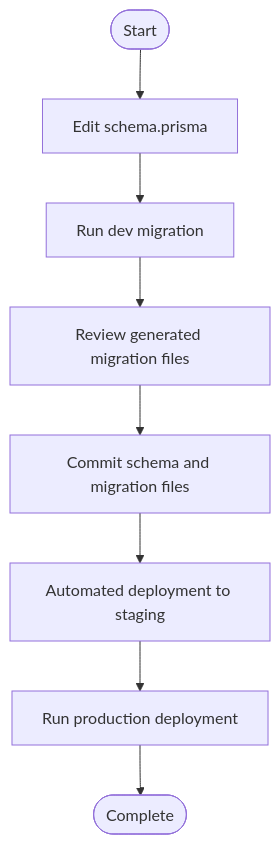
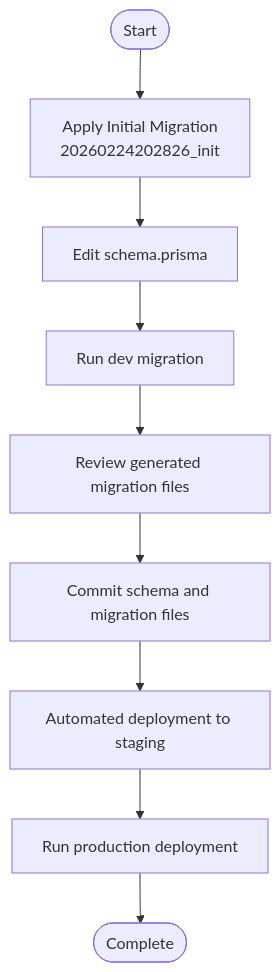
Before and after one commit to askchiwa-spec/FLOW-HQ-BOT: the fourth of 7 diagrams in .qoder/repowiki/en/content/Database Design/Migrations and Schema Evolution.md, drawn with Mermaid. The commit also changed other lines of this file and 38 other files, not shown here.

````diff
--- a/.qoder/repowiki/en/content/Database Design/Migrations and Schema Evolution.md
+++ b/.qoder/repowiki/en/content/Database Design/Migrations and Schema Evolution.md
@@ -221,10 +300,11 @@
 ```mermaid
 flowchart TD
-Start(["Start"]) --> EditSchema["Edit schema.prisma"]
+Start(["Start"]) --> InitMigration["Apply Initial Migration<br/>20260224202826_init"]
+InitMigration --> EditSchema["Edit schema.prisma"]
 EditSchema --> CreateMigration["Run dev migration"]
 CreateMigration --> ReviewFiles["Review generated migration files"]
 ReviewFiles --> CommitChanges["Commit schema and migration files"]
 CommitChanges --> StagingDeploy["Automated deployment to staging"]
 StagingDeploy --> ProdDeploy["Run production deployment"]
 ProdDeploy --> End(["Complete"])
 ```
````
